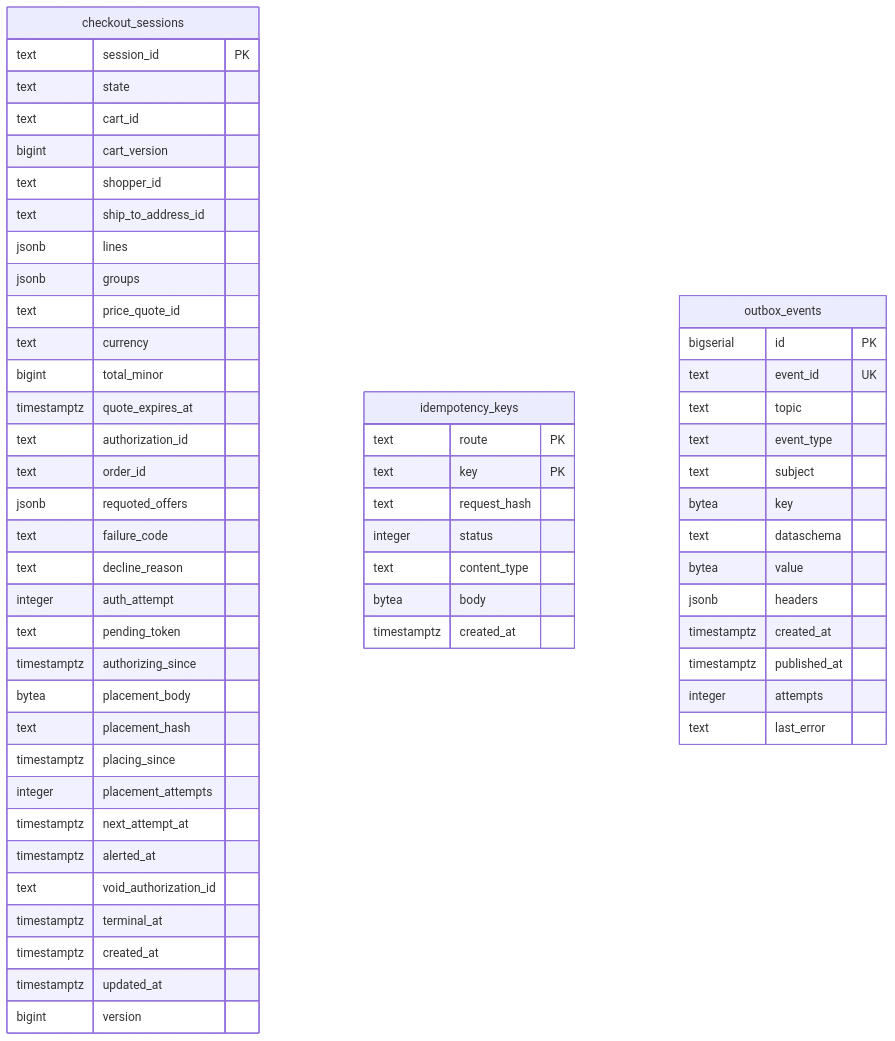
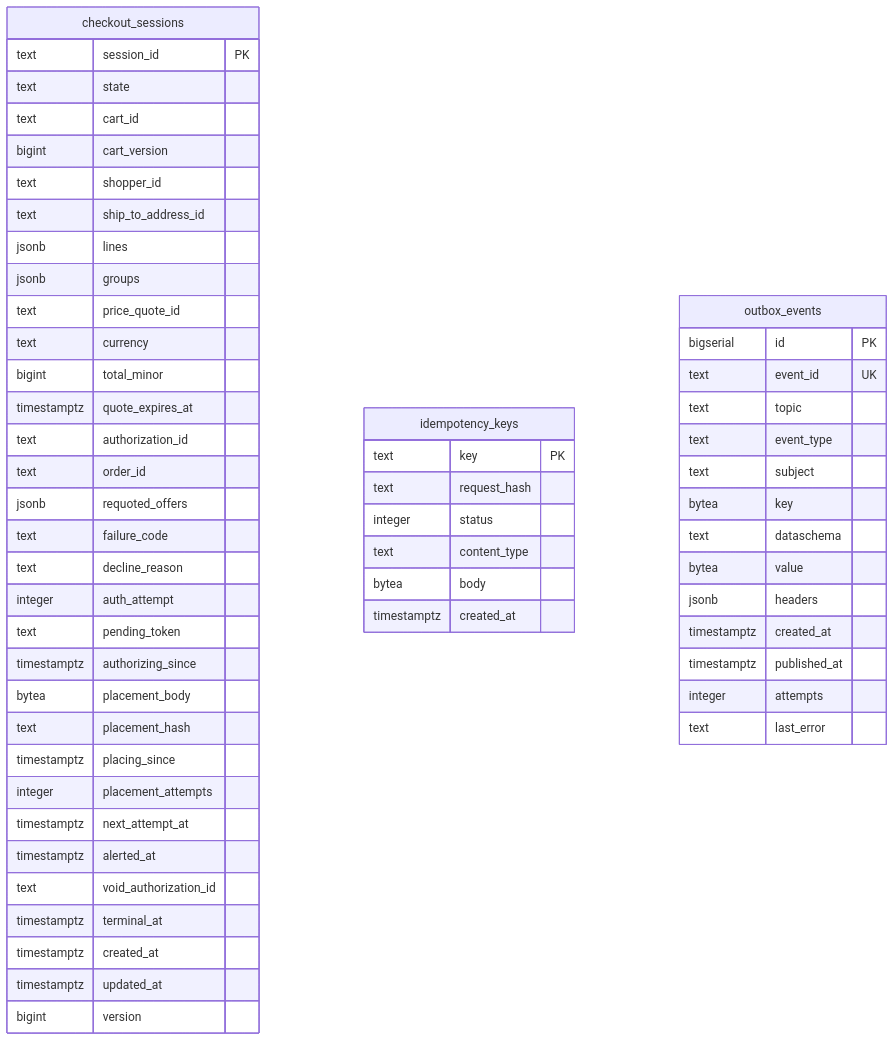
Before and after one commit to IQVO/checkout: the diagram in docs/docs/ddd/entity-relationship.md, drawn with Mermaid. The commit also changed other lines of this file and 30 other files, not shown here.

````diff
--- a/docs/docs/ddd/entity-relationship.md
+++ b/docs/docs/ddd/entity-relationship.md
@@ -14,60 +14,59 @@
 ```mermaid
 erDiagram
     checkout_sessions {
         text session_id PK
         text state
         text cart_id
         bigint cart_version
         text shopper_id
         text ship_to_address_id
         jsonb lines
         jsonb groups
         text price_quote_id
         text currency
         bigint total_minor
         timestamptz quote_expires_at
         text authorization_id
         text order_id
         jsonb requoted_offers
         text failure_code
         text decline_reason
         integer auth_attempt
         text pending_token
         timestamptz authorizing_since
         bytea placement_body
         text placement_hash
         timestamptz placing_since
         integer placement_attempts
         timestamptz next_attempt_at
         timestamptz alerted_at
         text void_authorization_id
         timestamptz terminal_at
         timestamptz created_at
         timestamptz updated_at
         bigint version
     }
     idempotency_keys {
-        text route PK
         text key PK
         text request_hash
         integer status
         text content_type
         bytea body
         timestamptz created_at
     }
     outbox_events {
         bigserial id PK
         text event_id UK
         text topic
         text event_type
         text subject
         bytea key
         text dataschema
         bytea value
         jsonb headers
         timestamptz created_at
         timestamptz published_at
         integer attempts
         text last_error
     }
 ```
````
